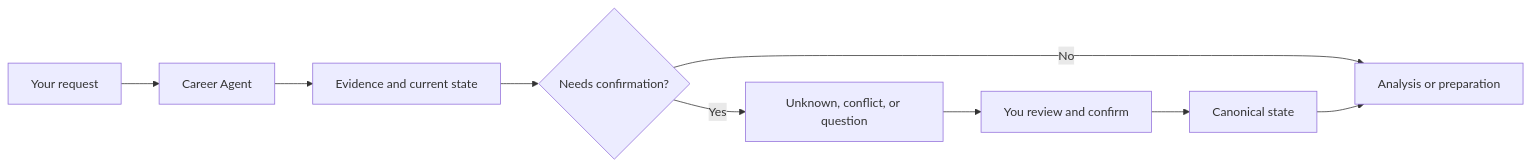
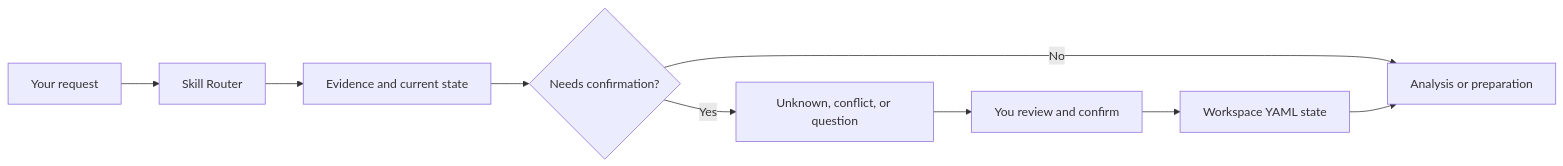
Before and after one commit to younnieCutler/japan-career-agent: the diagram in README.md, drawn with Mermaid. The commit also changed other lines of this file and 29 other files, not shown here.

````diff
--- a/README.md
+++ b/README.md
@@ -155,11 +112,11 @@
 ```mermaid
 flowchart LR
-    A[Your request] --> B[Career Agent]
+    A[Your request] --> B[Skill Router]
     B --> C[Evidence and current state]
     C --> D{Needs confirmation?}
     D -->|Yes| E[Unknown, conflict, or question]
     E --> F[You review and confirm]
-    F --> G[Canonical state]
+    F --> G[Workspace YAML state]
     D -->|No| H[Analysis or preparation]
     G --> H
 ```
````
